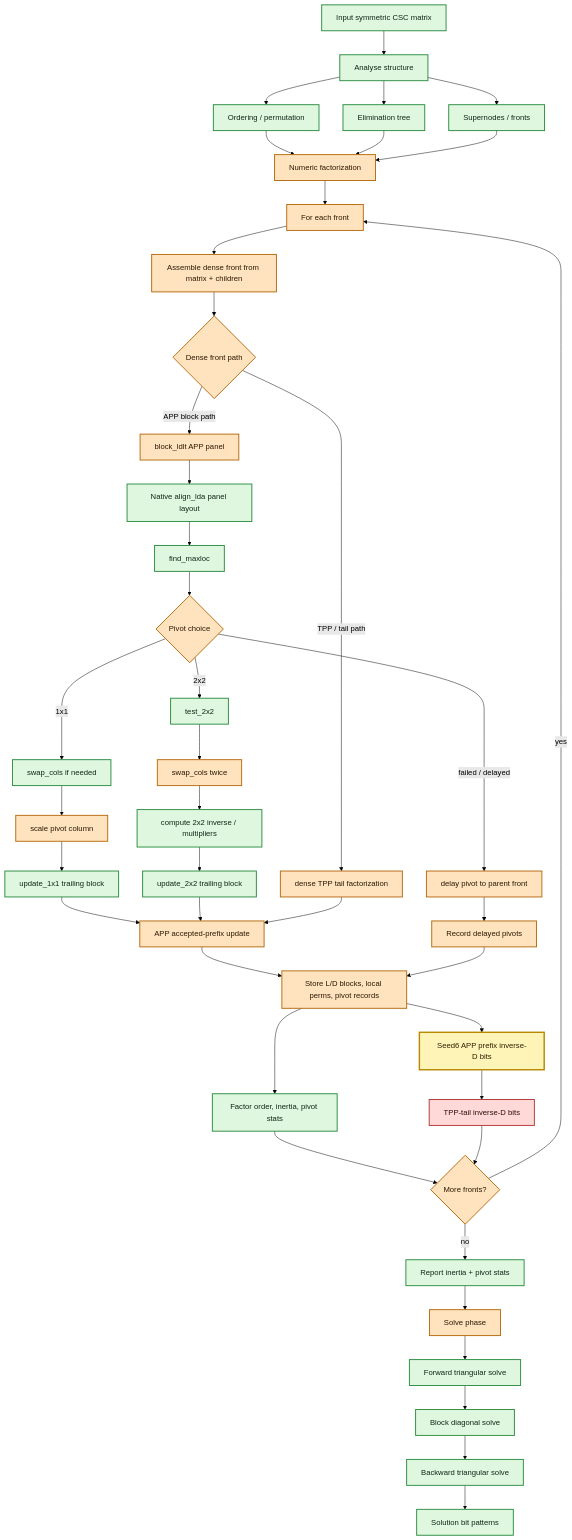
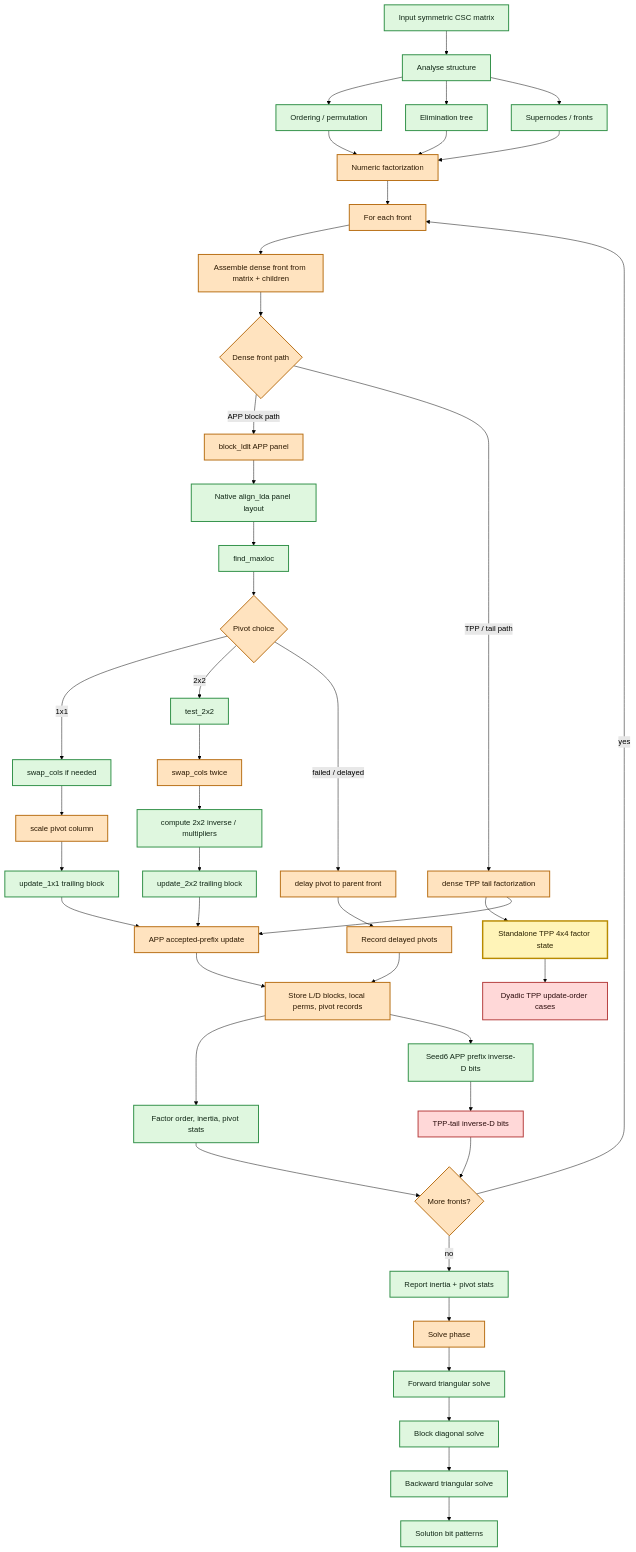
The diagram in docs/spral-ssids-parity-flow.md (ghorn/optivibre), drawn with Mermaid (forest theme) before and after one commit. The commit also changed other lines of this file and 1 other file, not shown here.

Commit message:
Add SPRAL TPP factor parity witness

````diff
--- a/docs/spral-ssids-parity-flow.md
+++ b/docs/spral-ssids-parity-flow.md
@@ -13,63 +16,65 @@
 ```mermaid
 flowchart TD
     A["Input symmetric CSC matrix"] --> B["Analyse structure"]
     B --> B1["Ordering / permutation"]
     B --> B2["Elimination tree"]
     B --> B3["Supernodes / fronts"]
 
     B1 --> C["Numeric factorization"]
     B2 --> C
     B3 --> C
 
     C --> D["For each front"]
     D --> E["Assemble dense front from matrix + children"]
     E --> F{"Dense front path"}
 
     F -->|"APP block path"| G["block_ldlt APP panel"]
     F -->|"TPP / tail path"| H["dense TPP tail factorization"]
+    H --> H1["Standalone TPP 4x4 factor state"]
+    H1 --> H2["Dyadic TPP update-order cases"]
 
     G --> G0["Native align_lda panel layout"]
     G0 --> G1["find_maxloc"]
     G1 --> G2{"Pivot choice"}
     G2 -->|"1x1"| G3["swap_cols if needed"]
     G3 --> G4["scale pivot column"]
     G4 --> G5["update_1x1 trailing block"]
 
     G2 -->|"2x2"| G6["test_2x2"]
     G6 --> G7["swap_cols twice"]
     G7 --> G8["compute 2x2 inverse / multipliers"]
     G8 --> G9["update_2x2 trailing block"]
 
     G2 -->|"failed / delayed"| G10["delay pivot to parent front"]
 
     G5 --> I["APP accepted-prefix update"]
     G9 --> I
     G10 --> J["Record delayed pivots"]
     H --> I
 
     I --> K["Store L/D blocks, local perms, pivot records"]
     K --> K1["Factor order, inertia, pivot stats"]
     K --> K2["Seed6 APP prefix inverse-D bits"]
     K2 --> K3["TPP-tail inverse-D bits"]
     J --> K
     K1 --> L{"More fronts?"}
     K3 --> L
     L -->|"yes"| D
     L -->|"no"| M["Report inertia + pivot stats"]
 
     M --> N["Solve phase"]
     N --> O["Forward triangular solve"]
     O --> P["Block diagonal solve"]
     P --> Q["Backward triangular solve"]
     Q --> R["Solution bit patterns"]
 
     classDef match fill:#dff7df,stroke:#2f8f46,color:#102615,stroke-width:2px;
     classDef newly fill:#fff4b8,stroke:#b88a00,color:#2a2100,stroke-width:3px;
     classDef partial fill:#ffe3bf,stroke:#b76d12,color:#2b1800,stroke-width:2px;
     classDef open fill:#ffd8d8,stroke:#b43b3b,color:#2b0d0d,stroke-width:2px;
 
-    class A,B,B1,B2,B3,G0,G1,G3,G5,G6,G8,G9,K1,M,O,P,Q,R match;
-    class K2 newly;
+    class A,B,B1,B2,B3,G0,G1,G3,G5,G6,G8,G9,K1,K2,M,O,P,Q,R match;
+    class H1 newly;
     class C,D,E,F,G,G2,G4,G7,G10,H,I,J,K,L,N partial;
-    class K3 open;
+    class H2,K3 open;
 ```
````
